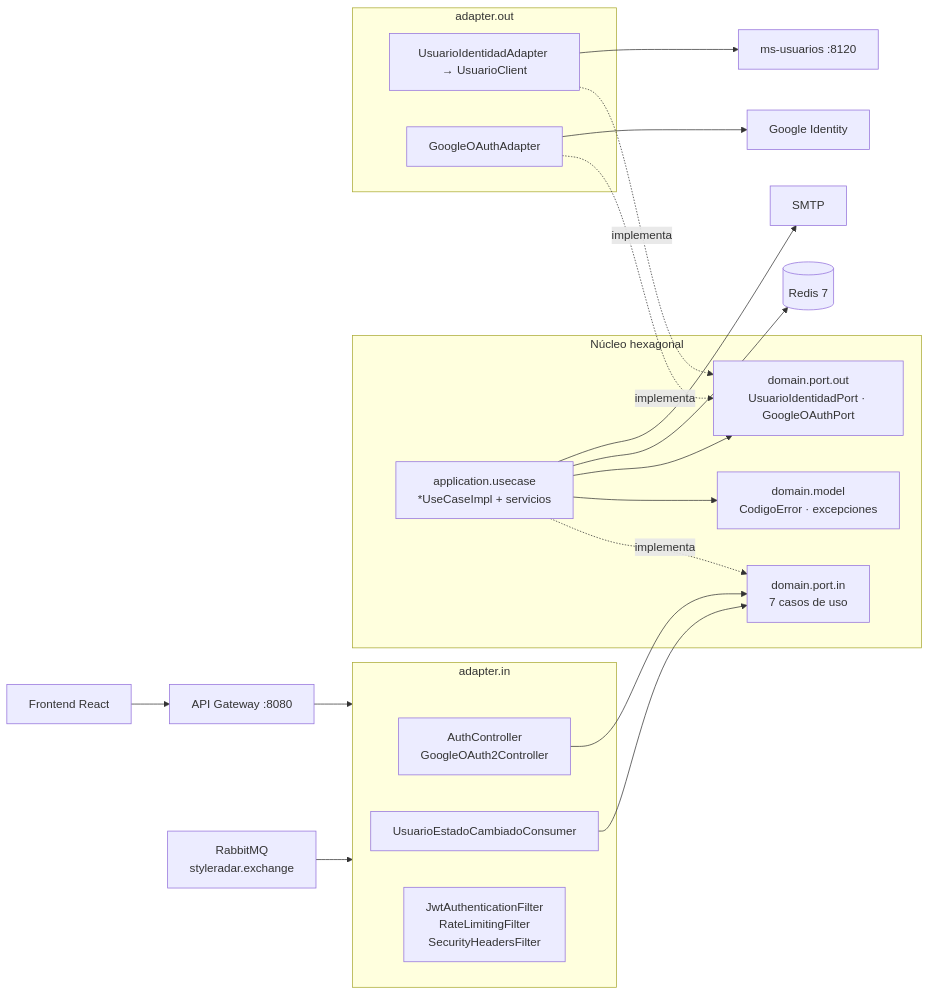
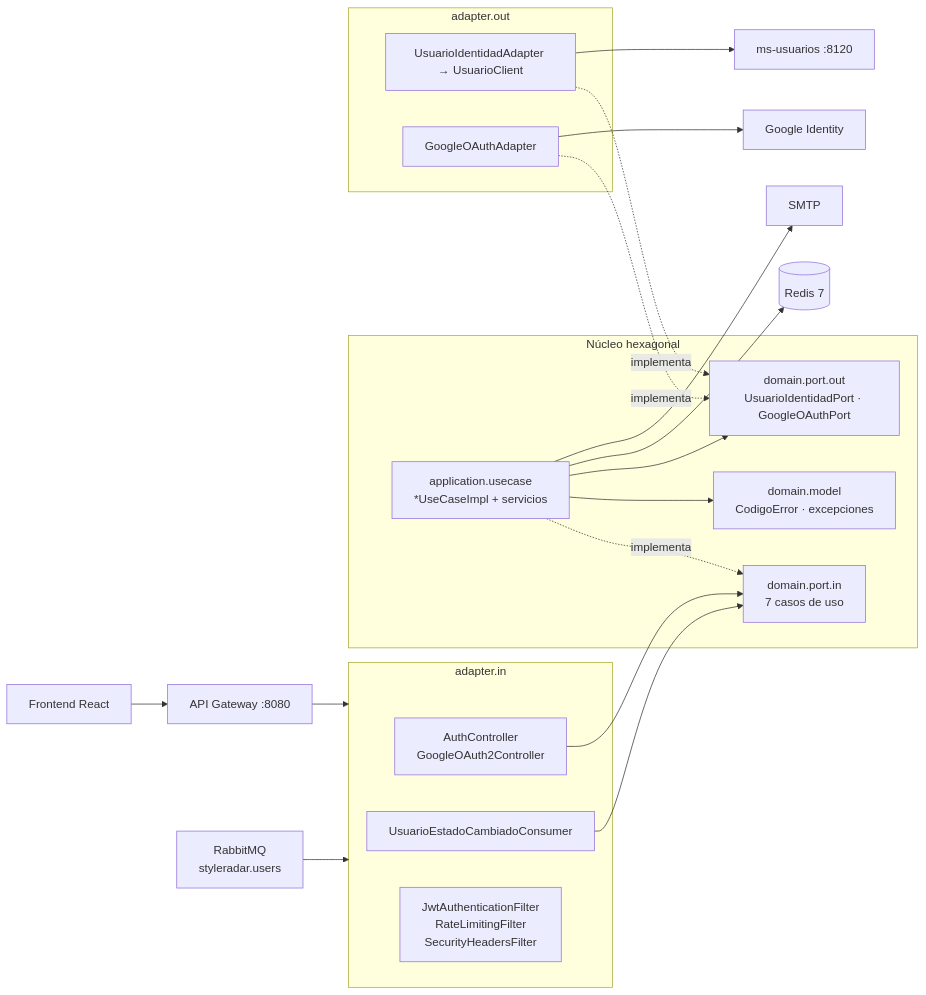
Before and after one commit to StyleRadar1/CADCHE-Authentication-Service: the first of 2 diagrams in README.md, drawn with Mermaid. The commit also changed other lines of this file and 6 other files, not shown here.

First line of the commit message:
docs(auth): actualizar readme y diagramas al analisis de requerimientos v2

````diff
--- a/README.md
+++ b/README.md
@@ -123,32 +123,32 @@
 ```mermaid
 flowchart LR
     FRONT["Frontend React"] --> GW["API Gateway :8080"]
     GW --> IN
-    MQ["RabbitMQ<br>styleradar.exchange"] --> IN
+    MQ["RabbitMQ<br>styleradar.users"] --> IN
     subgraph IN["adapter.in"]
         REST["AuthController<br>GoogleOAuth2Controller"]
         AMQP["UsuarioEstadoCambiadoConsumer"]
         FIL["JwtAuthenticationFilter<br>RateLimitingFilter<br>SecurityHeadersFilter"]
     end
     subgraph CORE["Núcleo hexagonal"]
         PIN["domain.port.in<br>7 casos de uso"]
         APP["application.usecase<br>*UseCaseImpl + servicios"]
         DOM["domain.model<br>CodigoError · excepciones"]
         POUT["domain.port.out<br>UsuarioIdentidadPort · GoogleOAuthPort"]
     end
     subgraph OUT["adapter.out"]
         UA["UsuarioIdentidadAdapter → UsuarioClient"]
         GA["GoogleOAuthAdapter"]
     end
     REST --> PIN
     AMQP --> PIN
     APP -. implementa .-> PIN
     APP --> DOM
     APP --> POUT
     UA -. implementa .-> POUT
     GA -. implementa .-> POUT
     UA --> USU["ms-usuarios :8120"]
     GA --> GOO["Google Identity"]
     APP --> REDIS[("Redis 7")]
     APP --> SMTP["SMTP"]
 ```
````
